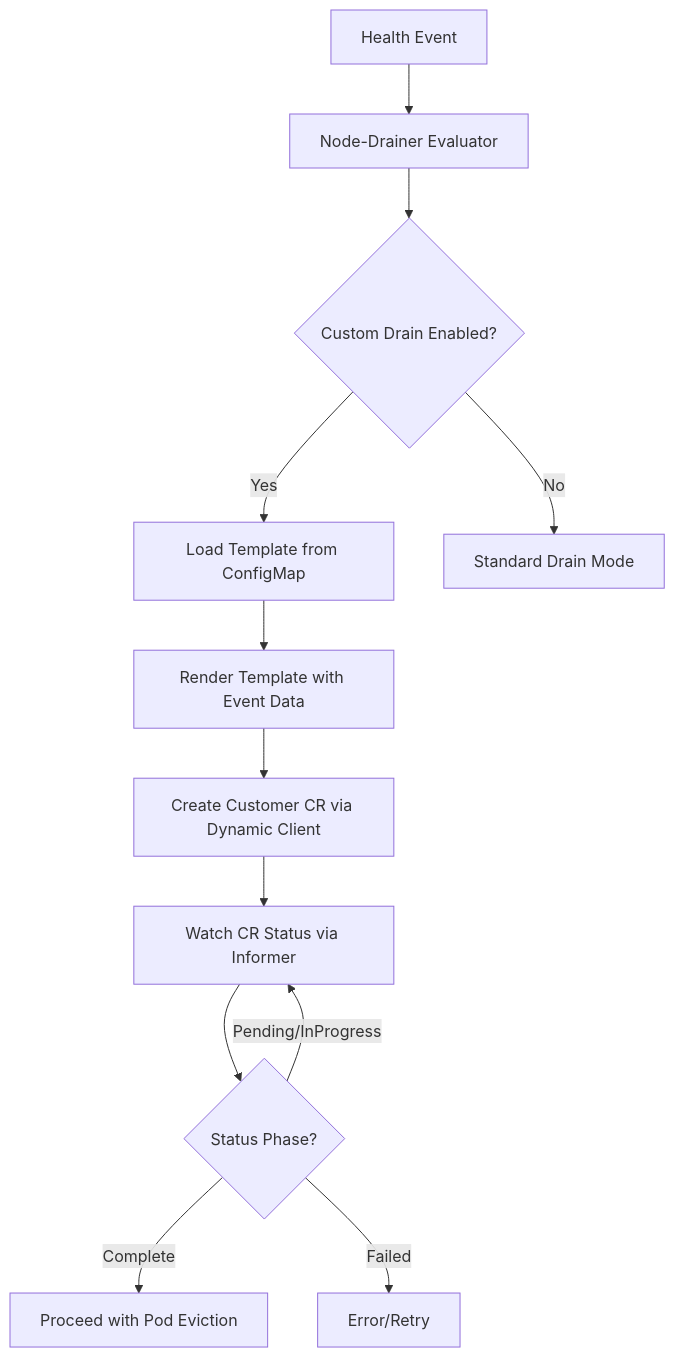
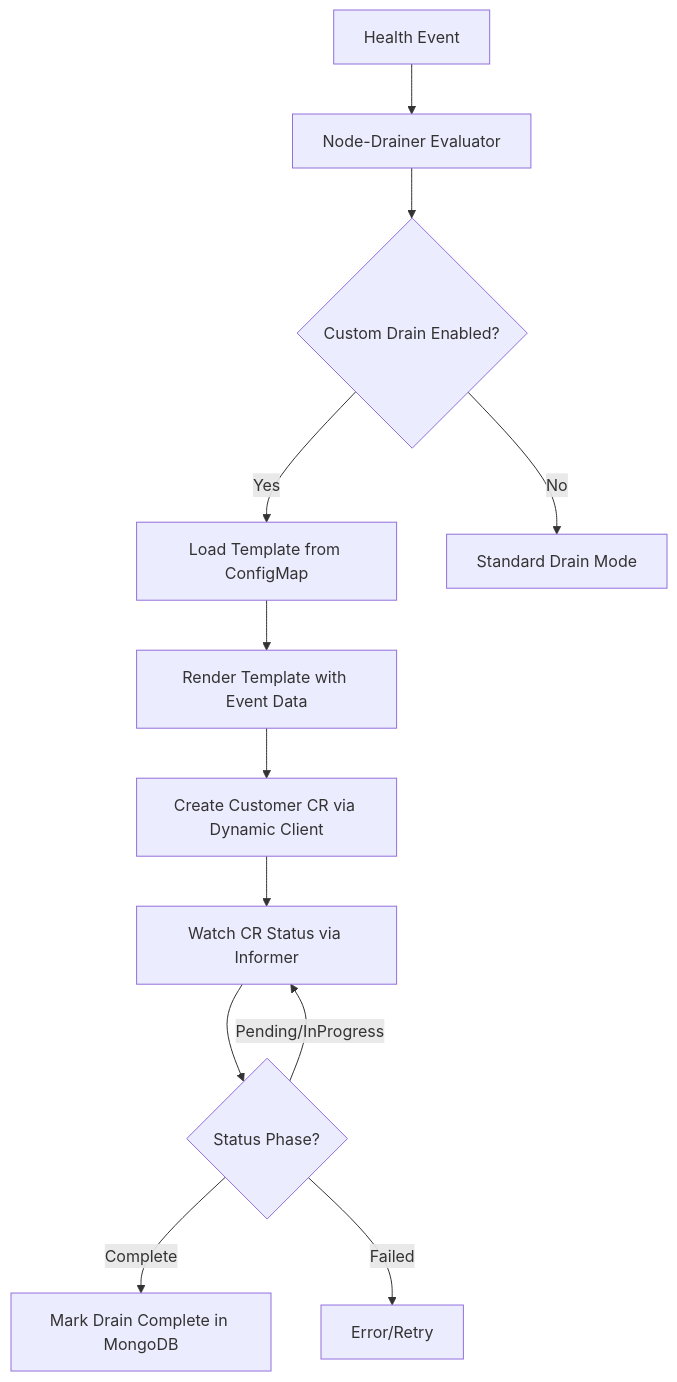
The diagram in docs/designs/015-custom-drain-extensibility.md (XRFXLP/NVSentinel), drawn with Mermaid before and after one commit. The commit also changed other lines of this file, not shown here.

````diff
--- a/docs/designs/015-custom-drain-extensibility.md
+++ b/docs/designs/015-custom-drain-extensibility.md
@@ -15,14 +15,14 @@
 ```mermaid
 flowchart TD
     A[Health Event] --> B[Node-Drainer Evaluator]
     B --> C{Custom Drain Enabled?}
     C -->|Yes| D[Load Template from ConfigMap]
     C -->|No| E[Standard Drain Mode]
     D --> F[Render Template with Event Data]
     F --> G[Create Customer CR via Dynamic Client]
     G --> H[Watch CR Status via Informer]
     H --> I{Status Phase?}
-    I -->|Complete| J[Proceed with Pod Eviction]
+    I -->|Complete| J[Mark Drain Complete in MongoDB]
     I -->|Failed| K[Error/Retry]
     I -->|Pending/InProgress| H
 ```
````
